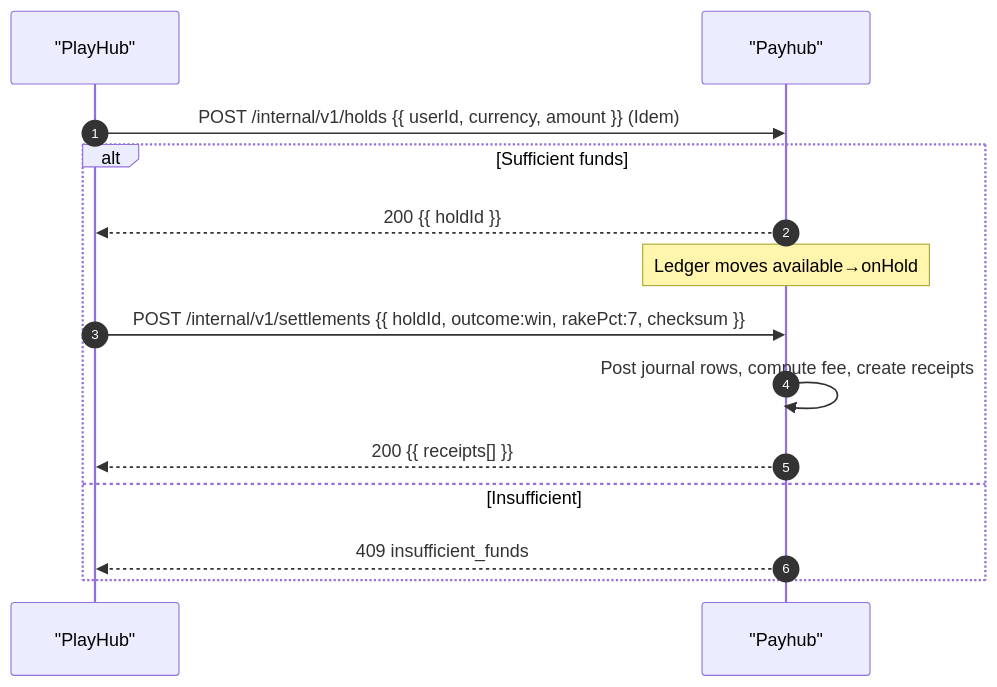
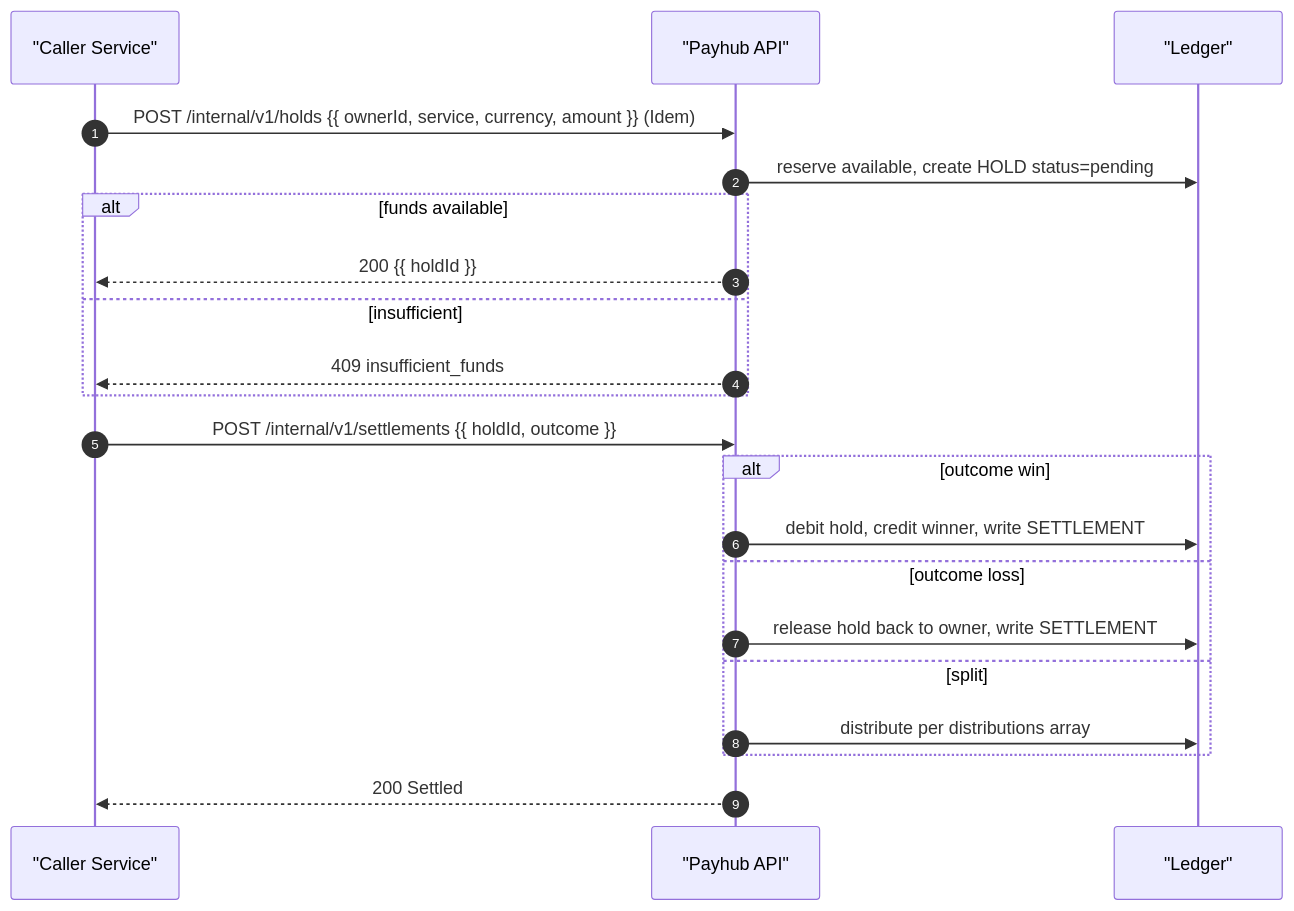
One commit to bkkac/tg-miniapp-payhub-service changed the third of 6 diagrams in SystemDesign.md. Above: the diagram before and after it, drawn with Mermaid. The commit also changed other lines of this file, not shown here.

````diff
--- a/SystemDesign.md
+++ b/SystemDesign.md
@@ -457,16 +482,23 @@
 ```mermaid
 sequenceDiagram
   autonumber
-  participant PH as "PlayHub"
-  participant PAY as "Payhub"
-  PH->>PAY: POST /internal/v1/holds {{ userId, currency, amount }} (Idem)
-  alt Sufficient funds
-    PAY-->>PH: 200 {{ holdId }}
-    Note over PAY,PAY: Ledger moves available→onHold
-    PH->>PAY: POST /internal/v1/settlements {{ holdId, outcome:win, rakePct:7, checksum }}
-    PAY->>PAY: Post journal rows, compute fee, create receipts
-    PAY-->>PH: 200 {{ receipts[] }}
-  else Insufficient
-    PAY-->>PH: 409 insufficient_funds
+  participant SVC as "Caller Service"
+  participant PH as "Payhub API"
+  participant L as "Ledger"
+  SVC->>PH: POST /internal/v1/holds {{ ownerId, service, currency, amount }} (Idem)
+  PH->>L: reserve available, create HOLD status=pending
+  alt funds available
+    PH-->>SVC: 200 {{ holdId }}
+  else insufficient
+    PH-->>SVC: 409 insufficient_funds
   end
+  SVC->>PH: POST /internal/v1/settlements {{ holdId, outcome }}
+  alt outcome win
+    PH->>L: debit hold, credit winner, write SETTLEMENT
+  else outcome loss
+    PH->>L: release hold back to owner, write SETTLEMENT
+  else split
+    PH->>L: distribute per distributions array
+  end
+  PH-->>SVC: 200 Settled
 ```
````
